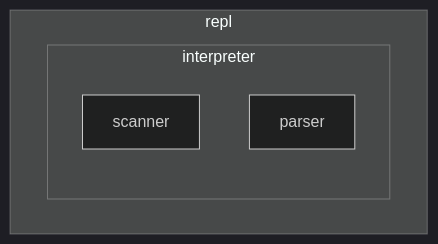
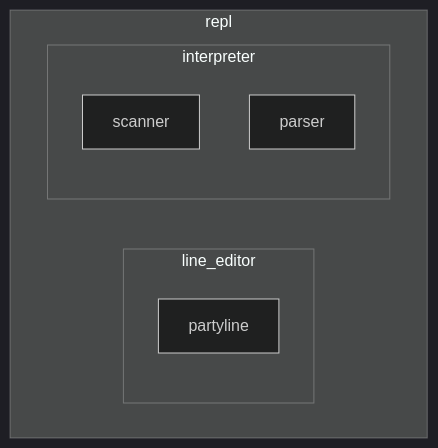
The diagram in README.md (mharrisb1/tinyshell), drawn with Mermaid (dark theme) before and after one commit. The commit also changed other lines of this file, not shown here.

````diff
--- a/README.md
+++ b/README.md
@@ -20,10 +39,13 @@
 ```mermaid
 flowchart TD
 
     subgraph repl
+        subgraph line_editor
+            partyline
+        end
         subgraph interpreter
             scanner
             parser
         end
     end
 ```
````
